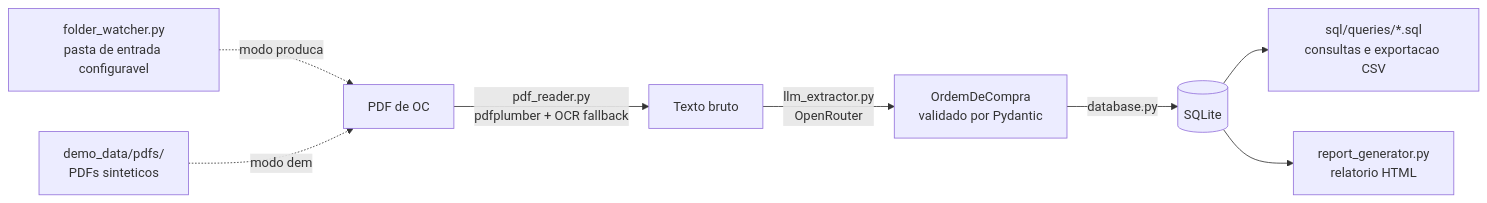
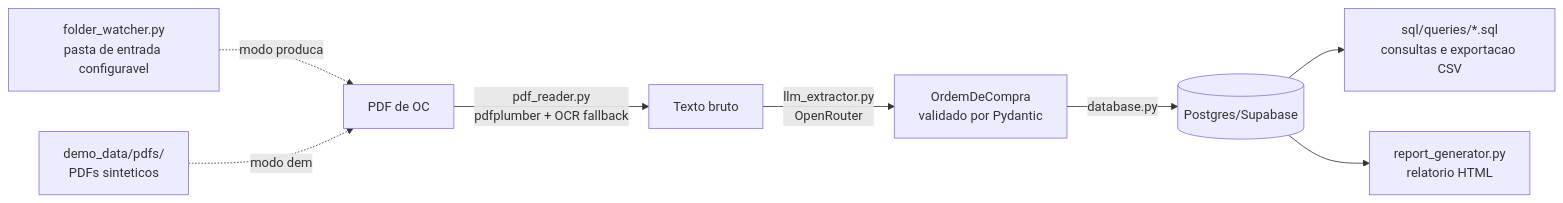
One commit to madufreitaas/oc-agent-automation changed the diagram in docs/architecture.md. Above: the diagram before and after it, drawn with Mermaid. The commit also changed other lines of this file and 2 other files, not shown here.

First line of the commit message:
Atualiza README e docs para refletir a migracao Postgres/Supabase

````diff
--- a/docs/architecture.md
+++ b/docs/architecture.md
@@ -11,11 +11,11 @@
 ```mermaid
 flowchart LR
     A[PDF de OC] -->|"pdf_reader.py<br/>pdfplumber + OCR fallback"| B[Texto bruto]
     B -->|"llm_extractor.py<br/>OpenRouter"| C[OrdemDeCompra<br/>validado por Pydantic]
-    C -->|"database.py"| D[(SQLite)]
+    C -->|"database.py"| D[(Postgres/Supabase)]
     D --> E["sql/queries/*.sql<br/>consultas e exportacao CSV"]
     D --> F["report_generator.py<br/>relatorio HTML"]
 
     G["folder_watcher.py<br/>pasta de entrada configuravel"] -.modo producao.-> A
     H["demo_data/pdfs/<br/>PDFs sinteticos"] -.modo demo.-> A
 ```
````
